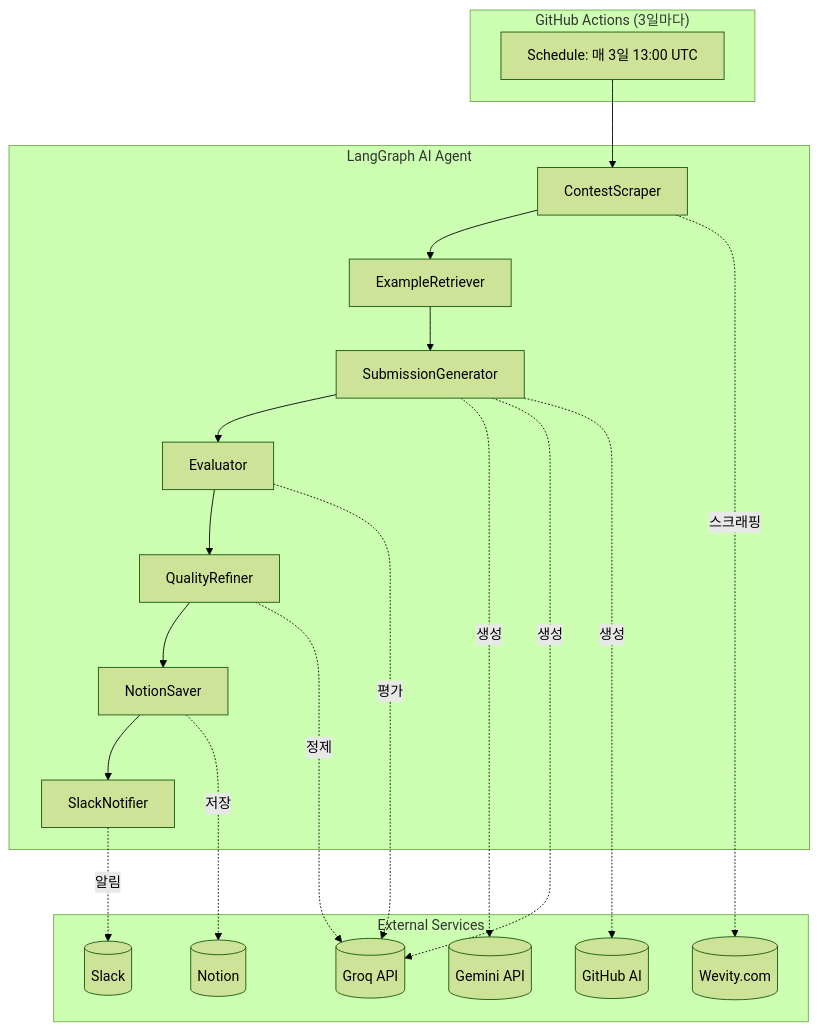
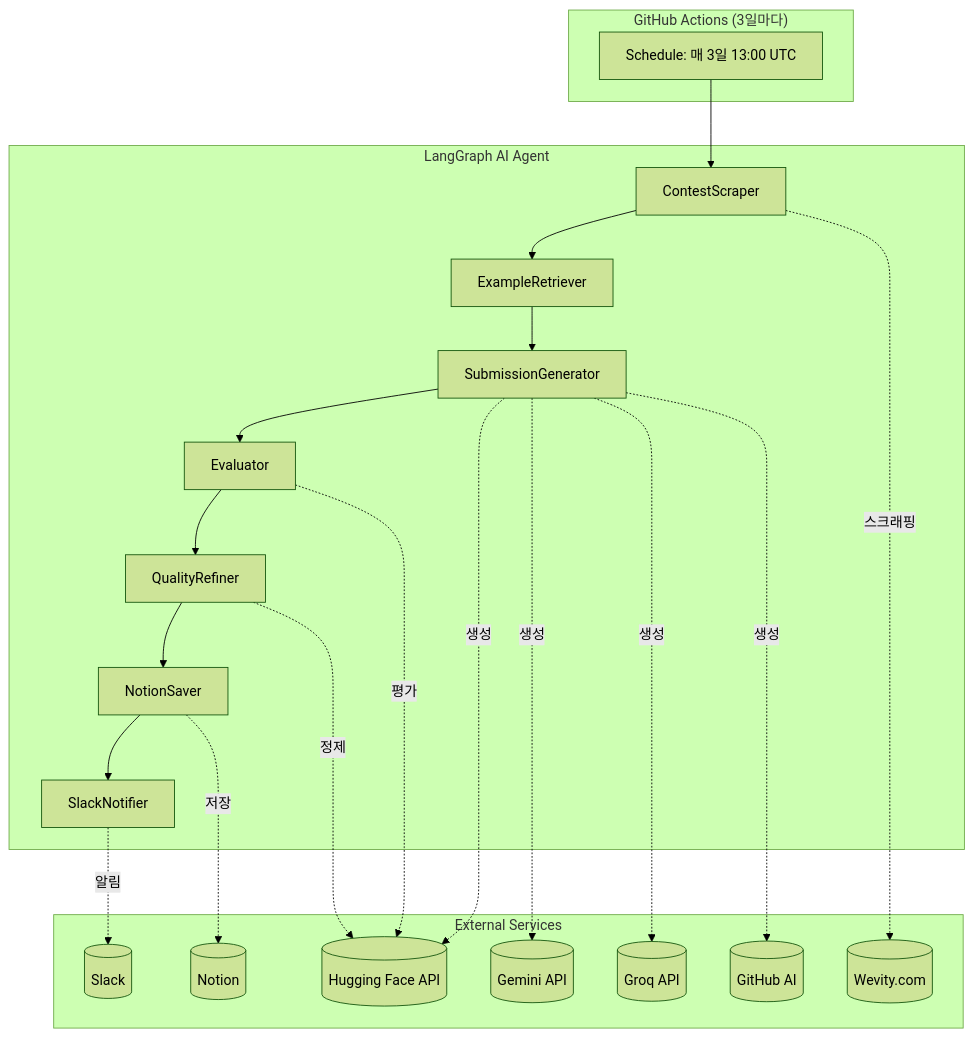
One commit to joelonsw/fast-naming changed the first of 2 diagrams in agent/langgraph-guide.md. Above: the diagram before and after it, drawn with Mermaid (forest theme). The commit also changed other lines of this file and 7 other files, not shown here.

````diff
--- a/agent/langgraph-guide.md
+++ b/agent/langgraph-guide.md
@@ -17,34 +17,36 @@
 ```mermaid
 flowchart TD
     subgraph Trigger ["GitHub Actions (3일마다)"]
         T[Schedule: 매 3일 13:00 UTC]
     end
 
     subgraph Agent ["LangGraph AI Agent"]
         A[ContestScraper] --> B[ExampleRetriever]
         B --> C[SubmissionGenerator]
         C --> D[Evaluator]
         D --> E[QualityRefiner]
         E --> F[NotionSaver]
         F --> G[SlackNotifier]
     end
 
     subgraph External ["External Services"]
         W[(Wevity.com)]
         S[(Slack)]
         N[(Notion)]
-        LLM1[(Gemini API)]
-        LLM2[(Groq API)]
-        LLM3[(GitHub AI)]
+        LLM1[(Hugging Face API)]
+        LLM2[(Gemini API)]
+        LLM3[(Groq API)]
+        LLM4[(GitHub AI)]
     end
 
     T --> A
     A -.->|스크래핑| W
     C -.->|생성| LLM1
     C -.->|생성| LLM2
     C -.->|생성| LLM3
-    D -.->|평가| LLM2
-    E -.->|정제| LLM2
+    C -.->|생성| LLM4
+    D -.->|평가| LLM1
+    E -.->|정제| LLM1
     F -.->|저장| N
     G -.->|알림| S
 ```
````
